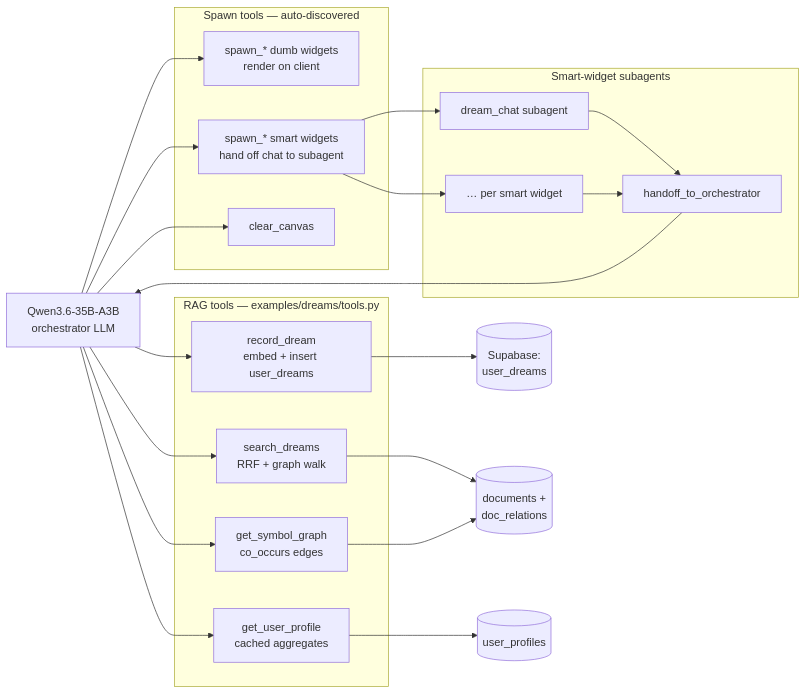
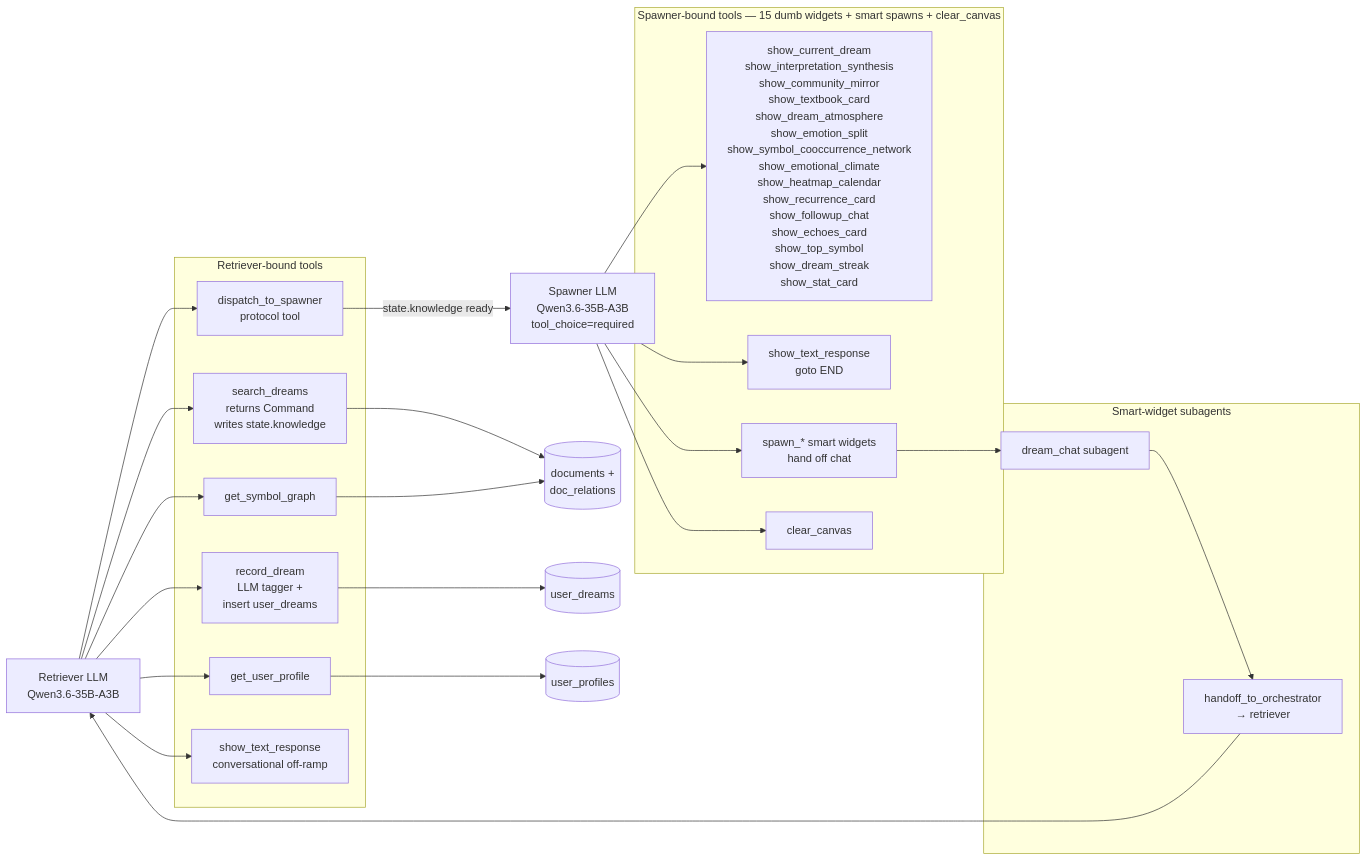
Before and after one commit to blueif16/dreamrag: the third of 3 diagrams in README.md, drawn with Mermaid. The commit also changed other lines of this file and 30 other files, not shown here.

````diff
--- a/README.md
+++ b/README.md
@@ -85,41 +103,46 @@
 ```mermaid
 flowchart LR
-  LLM[Qwen3.6-35B-A3B<br/>orchestrator LLM]
+  Retr[Retriever LLM<br/>Qwen3.6-35B-A3B]
+  Spaw[Spawner LLM<br/>Qwen3.6-35B-A3B<br/>tool_choice=required]
 
-  subgraph RAGTools[RAG tools — examples/dreams/tools.py]
-    RD[record_dream<br/>embed + insert user_dreams]
-    SD[search_dreams<br/>RRF + graph walk]
-    GSG[get_symbol_graph<br/>co_occurs edges]
-    GUP[get_user_profile<br/>cached aggregates]
+  subgraph RetrTools[Retriever-bound tools]
+    RD[record_dream<br/>LLM tagger +<br/>insert user_dreams]
+    SD[search_dreams<br/>returns Command<br/>writes state.knowledge]
+    GSG[get_symbol_graph]
+    GUP[get_user_profile]
+    Dispatch[dispatch_to_spawner<br/>protocol tool]
+    Txt[show_text_response<br/>conversational off-ramp]
   end
 
-  subgraph SpawnTools[Spawn tools — auto-discovered]
-    DumbSpawn[spawn_* dumb widgets<br/>render on client]
-    SmartSpawn[spawn_* smart widgets<br/>hand off chat to subagent]
+  subgraph SpawnTools[Spawner-bound tools — 15 dumb widgets + smart spawns + clear_canvas]
+    DumbSpawn[show_current_dream<br/>show_interpretation_synthesis<br/>show_community_mirror<br/>show_textbook_card<br/>show_dream_atmosphere<br/>show_emotion_split<br/>show_symbol_cooccurrence_network<br/>show_emotional_climate<br/>show_heatmap_calendar<br/>show_recurrence_card<br/>show_followup_chat<br/>show_echoes_card<br/>show_top_symbol<br/>show_dream_streak<br/>show_stat_card]
+    Txt2[show_text_response<br/>goto END]
+    SmartSpawn[spawn_* smart widgets<br/>hand off chat]
     Clear[clear_canvas]
   end
 
   subgraph Subagents[Smart-widget subagents]
     ChatSub[dream_chat subagent]
-    OtherSub[… per smart widget]
-    Handoff[handoff_to_orchestrator]
+    Handoff[handoff_to_orchestrator<br/>→ retriever]
   end
 
-  LLM --> RD
-  LLM --> SD
-  LLM --> GSG
-  LLM --> GUP
-  LLM --> DumbSpawn
-  LLM --> SmartSpawn
-  LLM --> Clear
+  Retr --> RD
+  Retr --> SD
+  Retr --> GSG
+  Retr --> GUP
+  Retr --> Txt
+  Retr --> Dispatch
+  Dispatch -->|state.knowledge ready| Spaw
+  Spaw --> DumbSpawn
+  Spaw --> Txt2
+  Spaw --> SmartSpawn
+  Spaw --> Clear
   SmartSpawn --> ChatSub
-  SmartSpawn --> OtherSub
   ChatSub --> Handoff
-  OtherSub --> Handoff
-  Handoff --> LLM
+  Handoff --> Retr
 
-  RD --> Supa[(Supabase:<br/>user_dreams)]
   SD --> Supa2[(documents +<br/>doc_relations)]
+  RD --> Supa[(user_dreams)]
   GSG --> Supa2
   GUP --> Supa3[(user_profiles)]
 ```
````
